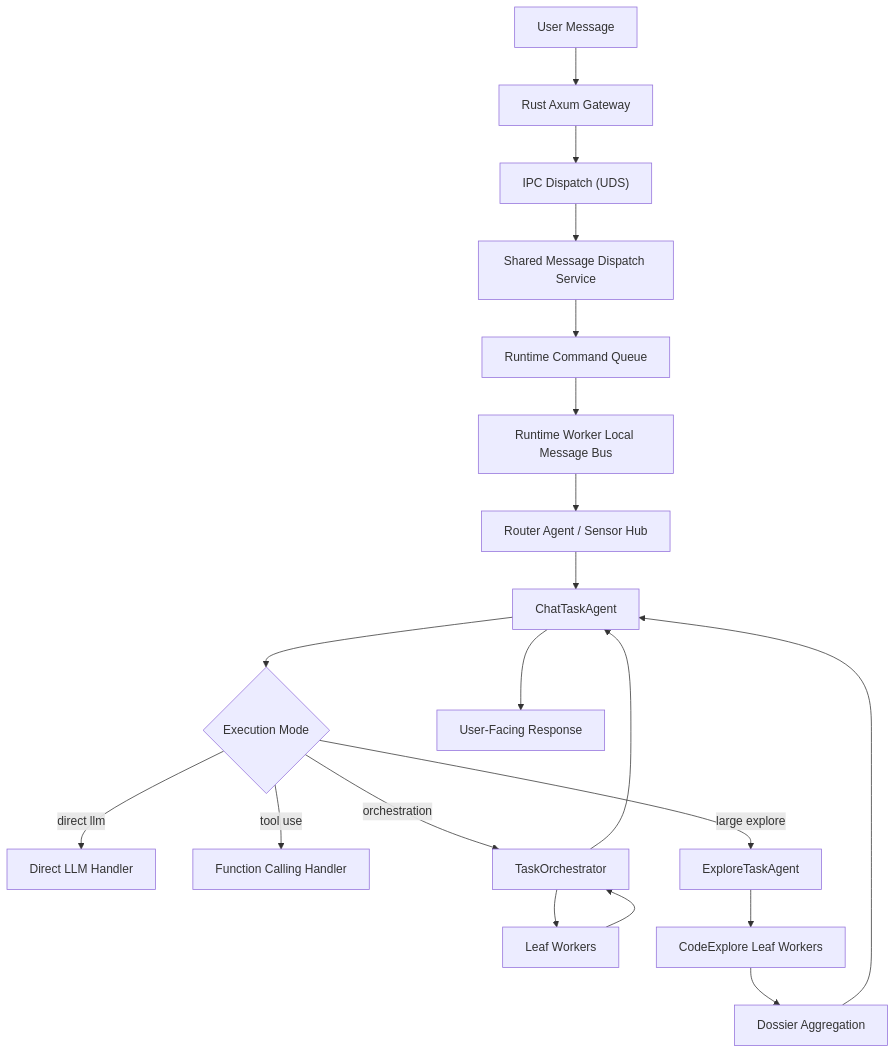
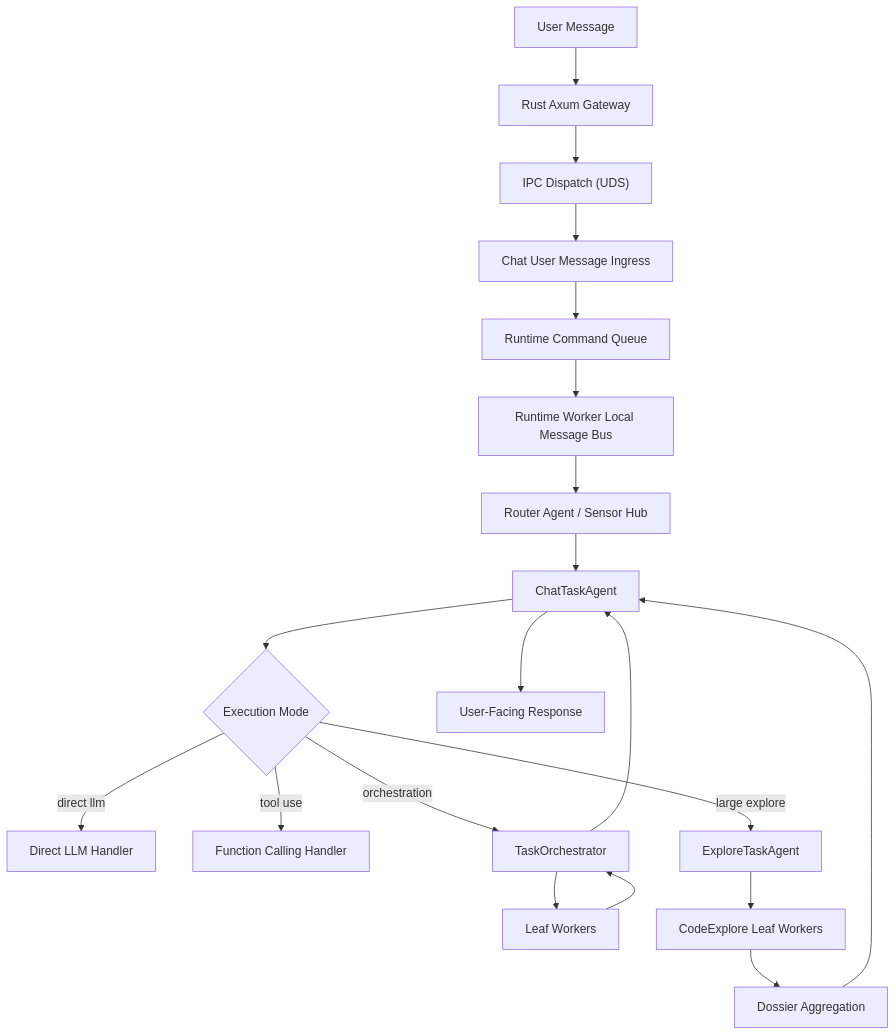
One commit to asukaonly/magi changed the diagram in docs/task-agent-runtime-architecture.md. Above: the diagram before and after it, drawn with Mermaid. The commit also changed 22 other files, not shown here.

First line of the commit message:
refactor: slim chat ingress boundaries

````diff
--- a/docs/task-agent-runtime-architecture.md
+++ b/docs/task-agent-runtime-architecture.md
@@ -171,26 +171,26 @@
 ```mermaid
 flowchart TD
     U["User Message"] --> G["Rust Axum Gateway"]
     G --> IPC["IPC Dispatch (UDS)"]
-    IPC --> D["Shared Message Dispatch Service"]
+    IPC --> D["Chat User Message Ingress"]
     D --> Q["Runtime Command Queue"]
     Q --> B["Runtime Worker Local Message Bus"]
     B --> R["Router Agent / Sensor Hub"]
     R --> C["ChatTaskAgent"]
 
     C --> M{"Execution Mode"}
     M -->|direct llm| L["Direct LLM Handler"]
     M -->|tool use| F["Function Calling Handler"]
     M -->|orchestration| O["TaskOrchestrator"]
     M -->|large explore| X["ExploreTaskAgent"]
 
     O --> W["Leaf Workers"]
     W --> O
     O --> C
 
     X --> XW["CodeExplore Leaf Workers"]
     XW --> XA["Dossier Aggregation"]
     XA --> C
 
     C --> A["User-Facing Response"]
 ```
````
